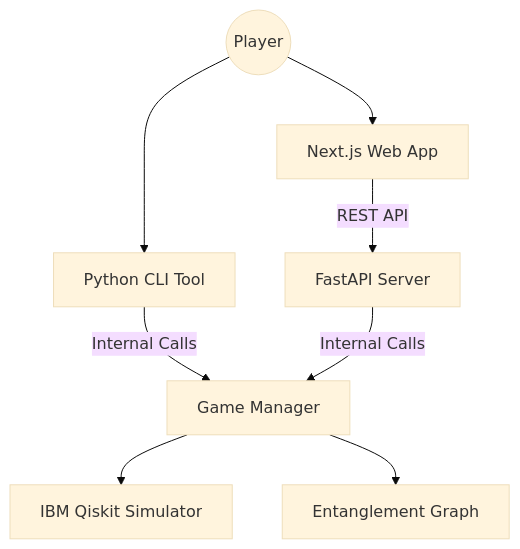
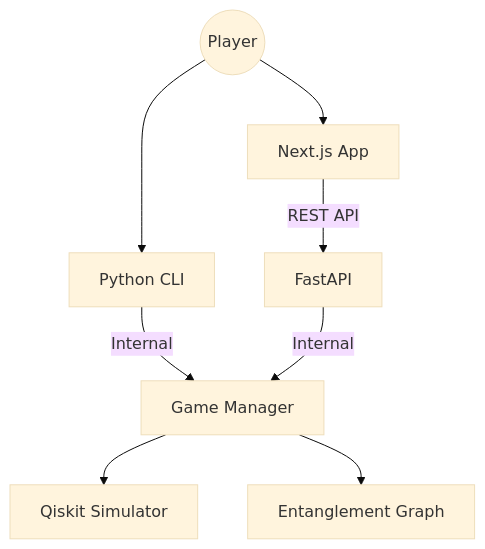
One commit to Temitope15/Quantum-tic-tac-toe changed the first of 2 diagrams in README.md. Above: the diagram before and after it, drawn with Mermaid (base theme). The commit also changed other lines of this file and 4 other files, not shown here.

````diff
--- a/README.md
+++ b/README.md
@@ -169,10 +169,10 @@
 ```mermaid
 graph TD
-    User((Player)) --> Frontend[Next.js Web App]
-    User --> CLI[Python CLI Tool]
-    Frontend -- REST API --> Backend[FastAPI Server]
-    CLI -- Internal Calls --> Engine[Game Manager]
-    Backend -- Internal Calls --> Engine
-    Engine --> Qiskit[IBM Qiskit Simulator]
+    User((Player)) --> Frontend[Next.js App]
+    User --> CLI[Python CLI]
+    Frontend -- REST API --> Backend[FastAPI]
+    CLI -- Internal --> Engine[Game Manager]
+    Backend -- Internal --> Engine
+    Engine --> Qiskit[Qiskit Simulator]
     Engine --> Graph[Entanglement Graph]
 ```
````
